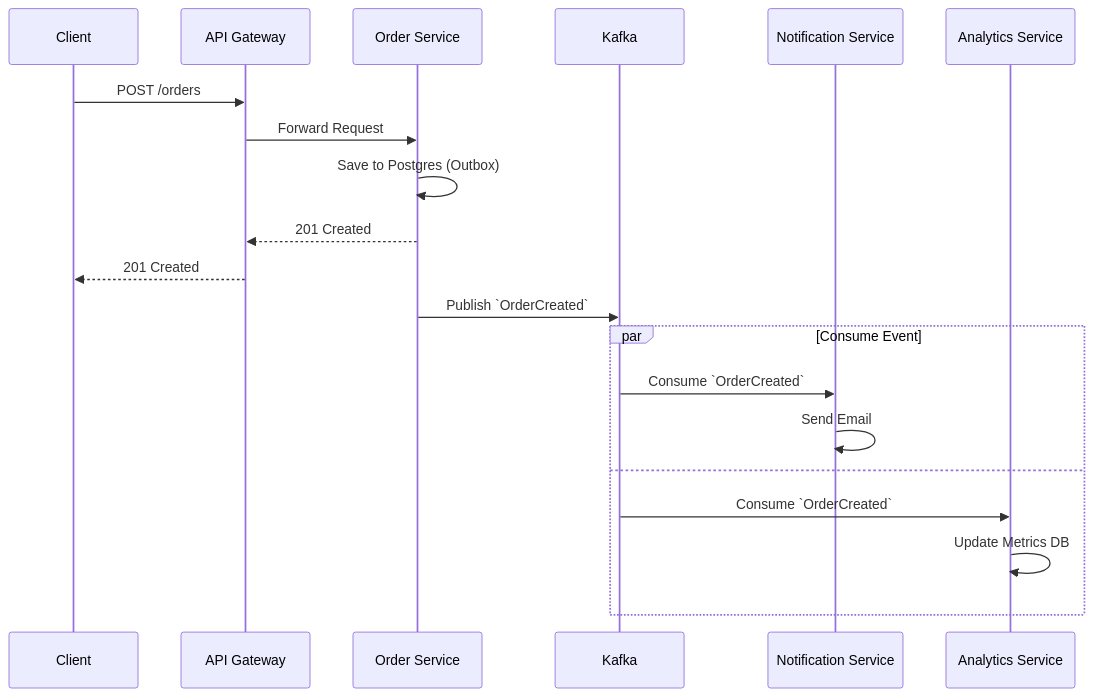
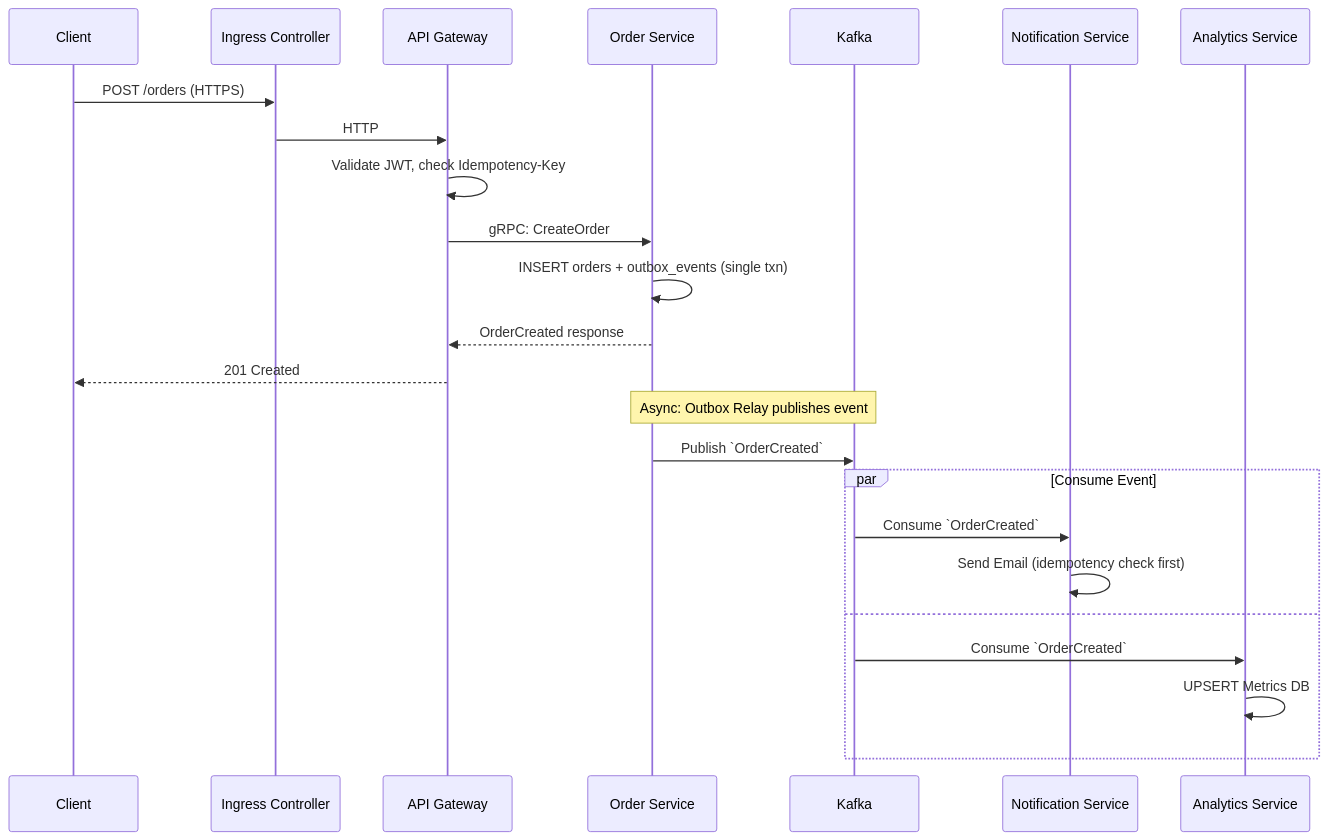
The third of 3 diagrams in docs/architecture/system-architecture.md (sandroeric/microservices-event-engine), drawn with Mermaid before and after one commit. The commit also changed other lines of this file and 4 other files, not shown here.

First line of the commit message:
docs(architecture): comprehensive review and improvements

````diff
--- a/docs/architecture/system-architecture.md
+++ b/docs/architecture/system-architecture.md
@@ -117,25 +171,29 @@
 ```mermaid
 sequenceDiagram
     participant Client
+    participant IC as Ingress Controller
     participant GW as API Gateway
     participant OS as Order Service
     participant K as Kafka
     participant NS as Notification Service
     participant AS as Analytics Service
 
-    Client->>GW: POST /orders
-    GW->>OS: Forward Request
-    OS->>OS: Save to Postgres (Outbox)
-    OS-->>GW: 201 Created
+    Client->>IC: POST /orders (HTTPS)
+    IC->>GW: HTTP
+    GW->>GW: Validate JWT, check Idempotency-Key
+    GW->>OS: gRPC: CreateOrder
+    OS->>OS: INSERT orders + outbox_events (single txn)
+    OS-->>GW: OrderCreated response
     GW-->>Client: 201 Created
     
+    Note over OS,K: Async: Outbox Relay publishes event
     OS->>K: Publish `OrderCreated`
     
     par Consume Event
         K->>NS: Consume `OrderCreated`
-        NS->>NS: Send Email
+        NS->>NS: Send Email (idempotency check first)
     and
         K->>AS: Consume `OrderCreated`
-        AS->>AS: Update Metrics DB
+        AS->>AS: UPSERT Metrics DB
     end
 ```
````
